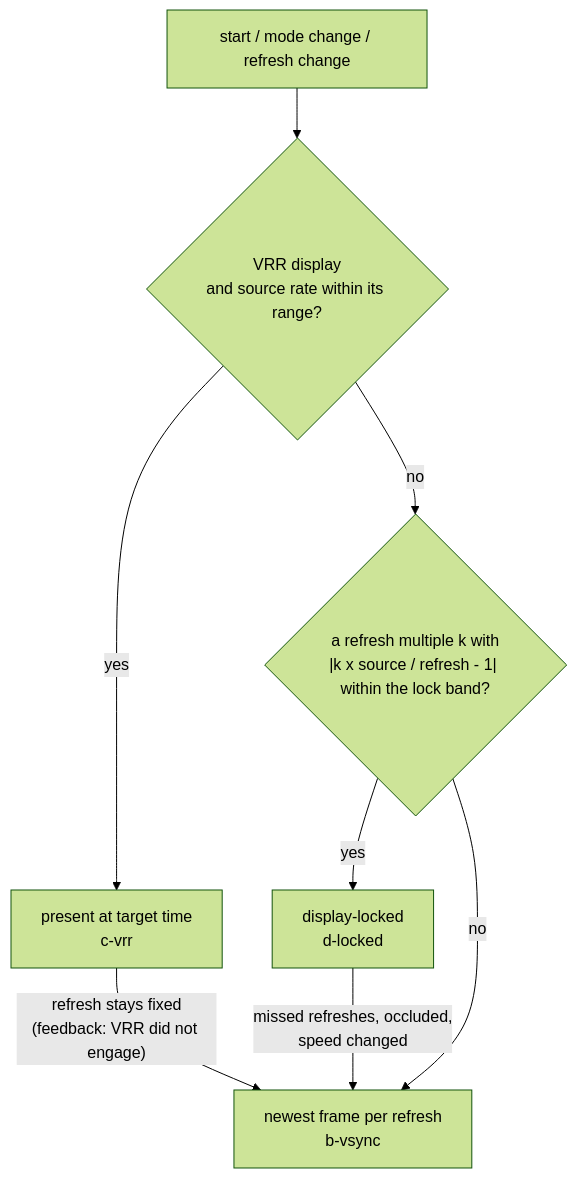
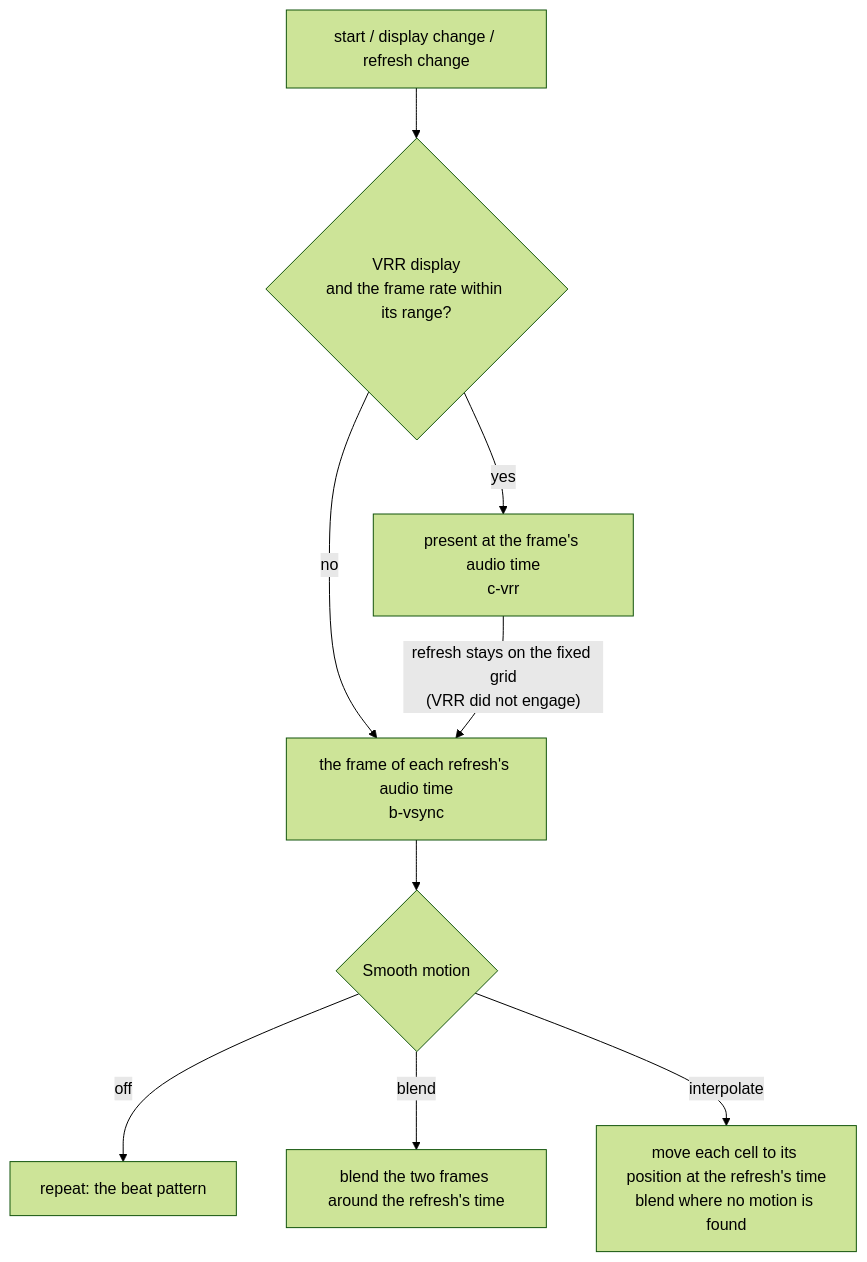
The first of 2 diagrams in docs/inprogress/2026-10-26-frame-presenter/README.md (alfishe/unreal-ng), drawn with Mermaid (forest theme) before and after one commit. The commit also changed other lines of this file and 2 other files, not shown here.

First line of the commit message:
Frame presenter design: video timed by the audio clock

````diff
--- a/docs/inprogress/2026-10-26-frame-presenter/README.md
+++ b/docs/inprogress/2026-10-26-frame-presenter/README.md
@@ -129,10 +151,11 @@
 ```mermaid
 flowchart TD
-    S[start / mode change / refresh change] --> V{VRR display<br/>and source rate within its range?}
-    V -- yes --> C[present at target time<br/>c-vrr]
-    V -- no --> L{"a refresh multiple k with<br/>|k x source / refresh - 1| within the lock band?"}
-    L -- yes --> D[display-locked<br/>d-locked]
-    L -- no --> B[newest frame per refresh<br/>b-vsync]
-    C -- "refresh stays fixed<br/>(feedback: VRR did not engage)" --> B
-    D -- "missed refreshes, occluded,<br/>speed changed" --> B
+    S[start / display change / refresh change] --> V{VRR display<br/>and the frame rate within its range?}
+    V -- yes --> C[present at the frame's audio time<br/>c-vrr]
+    V -- no --> B[the frame of each refresh's audio time<br/>b-vsync]
+    C -- "refresh stays on the fixed grid<br/>(VRR did not engage)" --> B
+    B --> M{Smooth motion}
+    M -- off --> R[repeat: the beat pattern]
+    M -- blend --> BL[blend the two frames around the refresh's time]
+    M -- interpolate --> MC[move each cell to its position at the refresh's time<br/>blend where no motion is found]
 ```
````
